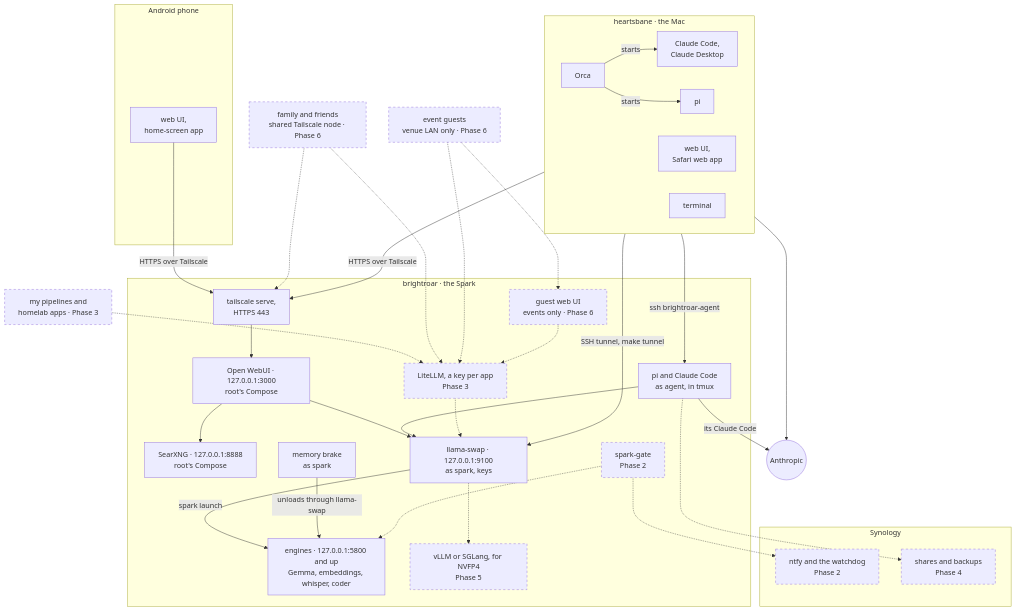
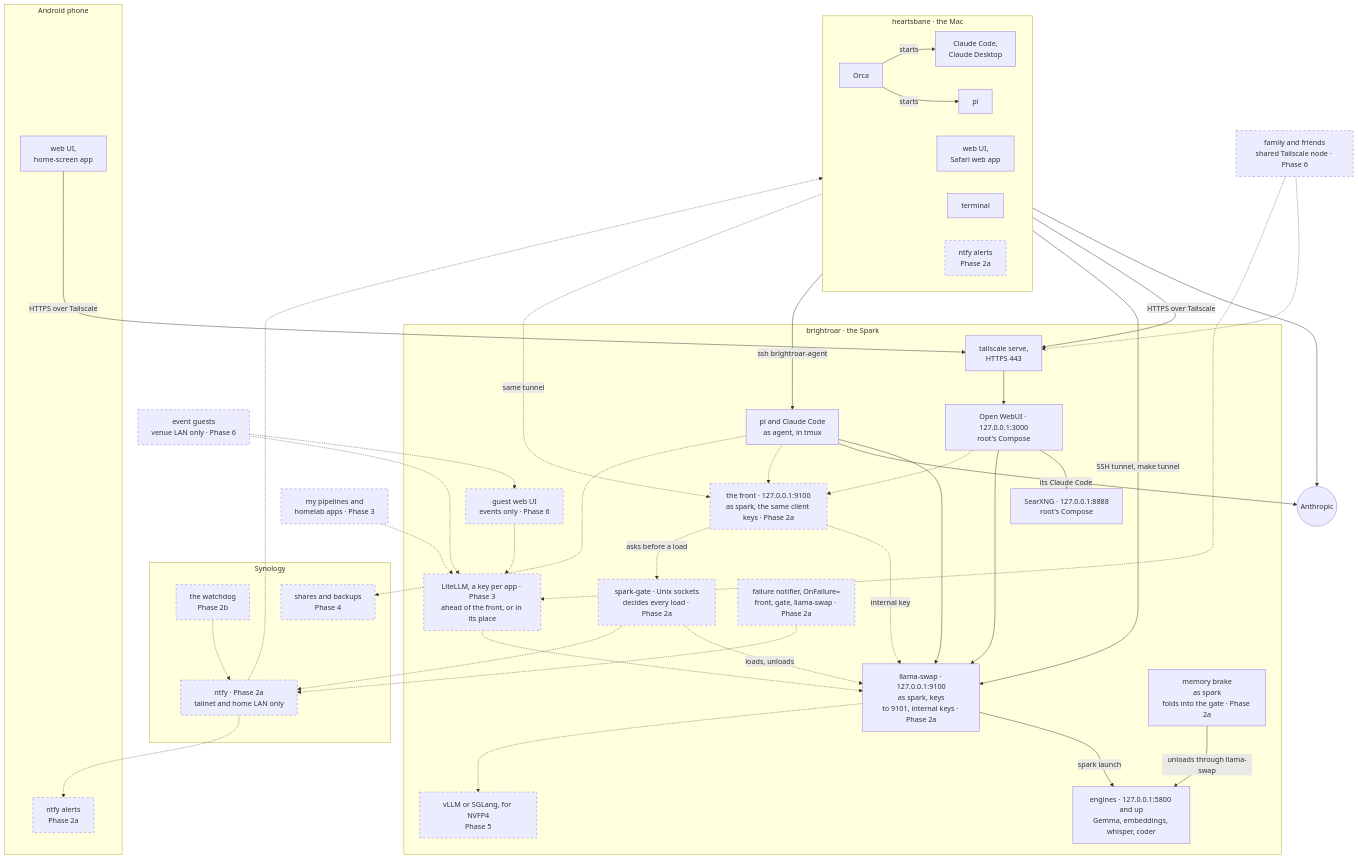
One commit to chendaniely/local-ai changed the first of 4 diagrams in website/architecture.qmd. Above: the diagram before and after it, drawn with Mermaid. The commit also changed other lines of this file and 10 other files, not shown here.

First line of the commit message:
docs(plan): 🤖 Phase 2a's design: front, gate, budget, coder

````diff
--- a/website/architecture.qmd
+++ b/website/architecture.qmd
@@ -17,67 +18,81 @@
 ```{mermaid}
 flowchart TB
   classDef planned stroke-dasharray: 5 5
 
   subgraph mac["heartsbane · the Mac"]
     direction LR
     orca["Orca"]
     claude_mac["Claude Code,<br/>Claude Desktop"]
     pi_mac["pi"]
     webapp["web UI,<br/>Safari web app"]
     term["terminal"]
+    ntfy_mac["ntfy alerts<br/>Phase 2a"]:::planned
   end
 
   subgraph phone["Android phone"]
     pwa["web UI,<br/>home-screen app"]
+    ntfy_phone["ntfy alerts<br/>Phase 2a"]:::planned
   end
 
   anthropic(("Anthropic"))
   apps["my pipelines and<br/>homelab apps · Phase 3"]:::planned
   family["family and friends<br/>shared Tailscale node · Phase 6"]:::planned
   guests["event guests<br/>venue LAN only · Phase 6"]:::planned
 
   subgraph spark["brightroar · the Spark"]
     tss["tailscale serve,<br/>HTTPS 443"]
     guestui["guest web UI<br/>events only · Phase 6"]:::planned
     owui["Open WebUI · 127.0.0.1:3000<br/>root's Compose"]
     searx["SearXNG · 127.0.0.1:8888<br/>root's Compose"]
     agent_tmux["pi and Claude Code<br/>as agent, in tmux"]
-    litellm["LiteLLM, a key per app<br/>Phase 3"]:::planned
-    swap["llama-swap · 127.0.0.1:9100<br/>as spark, keys"]
-    gate["spark-gate<br/>Phase 2"]:::planned
-    brake["memory brake<br/>as spark"]
+    litellm["LiteLLM, a key per app · Phase 3<br/>ahead of the front, or in its place"]:::planned
+    front["the front · 127.0.0.1:9100<br/>as spark, the same client keys · Phase 2a"]:::planned
+    swap["llama-swap · 127.0.0.1:9100<br/>as spark, keys<br/>to 9101, internal keys · Phase 2a"]
+    gate["spark-gate · Unix sockets<br/>decides every load · Phase 2a"]:::planned
+    brake["memory brake<br/>as spark<br/>folds into the gate · Phase 2a"]
+    notifier["failure notifier, OnFailure=<br/>front, gate, llama-swap · Phase 2a"]:::planned
     engines["engines · 127.0.0.1:5800 and up<br/>Gemma, embeddings, whisper, coder"]
     vllm["vLLM or SGLang, for NVFP4<br/>Phase 5"]:::planned
   end
 
   subgraph nas["Synology"]
-    ntfy["ntfy and the watchdog<br/>Phase 2"]:::planned
+    ntfy["ntfy · Phase 2a<br/>tailnet and home LAN only"]:::planned
+    watchdog["the watchdog<br/>Phase 2b"]:::planned
     shares["shares and backups<br/>Phase 4"]:::planned
   end
 
   orca -- starts --> claude_mac
   orca -- starts --> pi_mac
   claude_mac --> anthropic
   webapp -- "HTTPS over Tailscale" --> tss
   pwa -- "HTTPS over Tailscale" --> tss
   pi_mac -- "SSH tunnel, make tunnel" --> swap
   term -- "ssh brightroar-agent" --> agent_tmux
   tss --> owui
   owui --> searx
   owui --> swap
   agent_tmux --> swap
   agent_tmux -- "its Claude Code" --> anthropic
+  pi_mac -. "same tunnel" .-> front
+  owui -.-> front
+  agent_tmux -.-> front
+  front -. "internal key" .-> swap
+  front -. "asks before a load" .-> gate
+  gate -. "loads, unloads" .-> swap
   apps -.-> litellm
   family -.-> tss
   family -.-> litellm
   guests -.-> guestui
   guests -.-> litellm
   guestui -.-> litellm
   litellm -.-> swap
   swap -- "spark launch" --> engines
   swap -.-> vllm
   brake -- "unloads through llama-swap" --> engines
-  gate -.-> engines
   gate -.-> ntfy
+  notifier -.-> ntfy
+  watchdog -.-> ntfy
+  ntfy -.-> ntfy_mac
+  ntfy -.-> ntfy_phone
   agent_tmux -.-> shares
 ```
````
